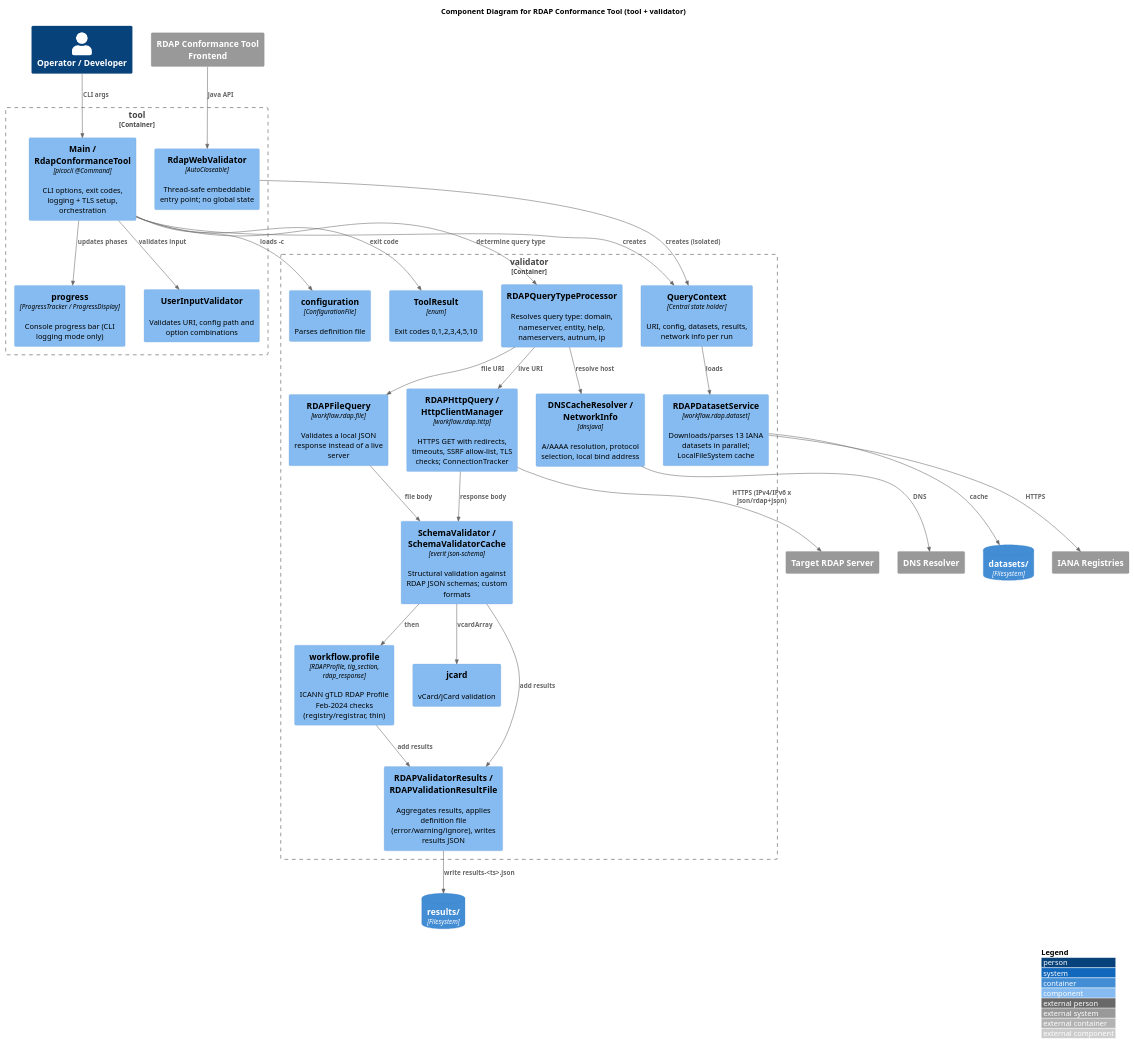
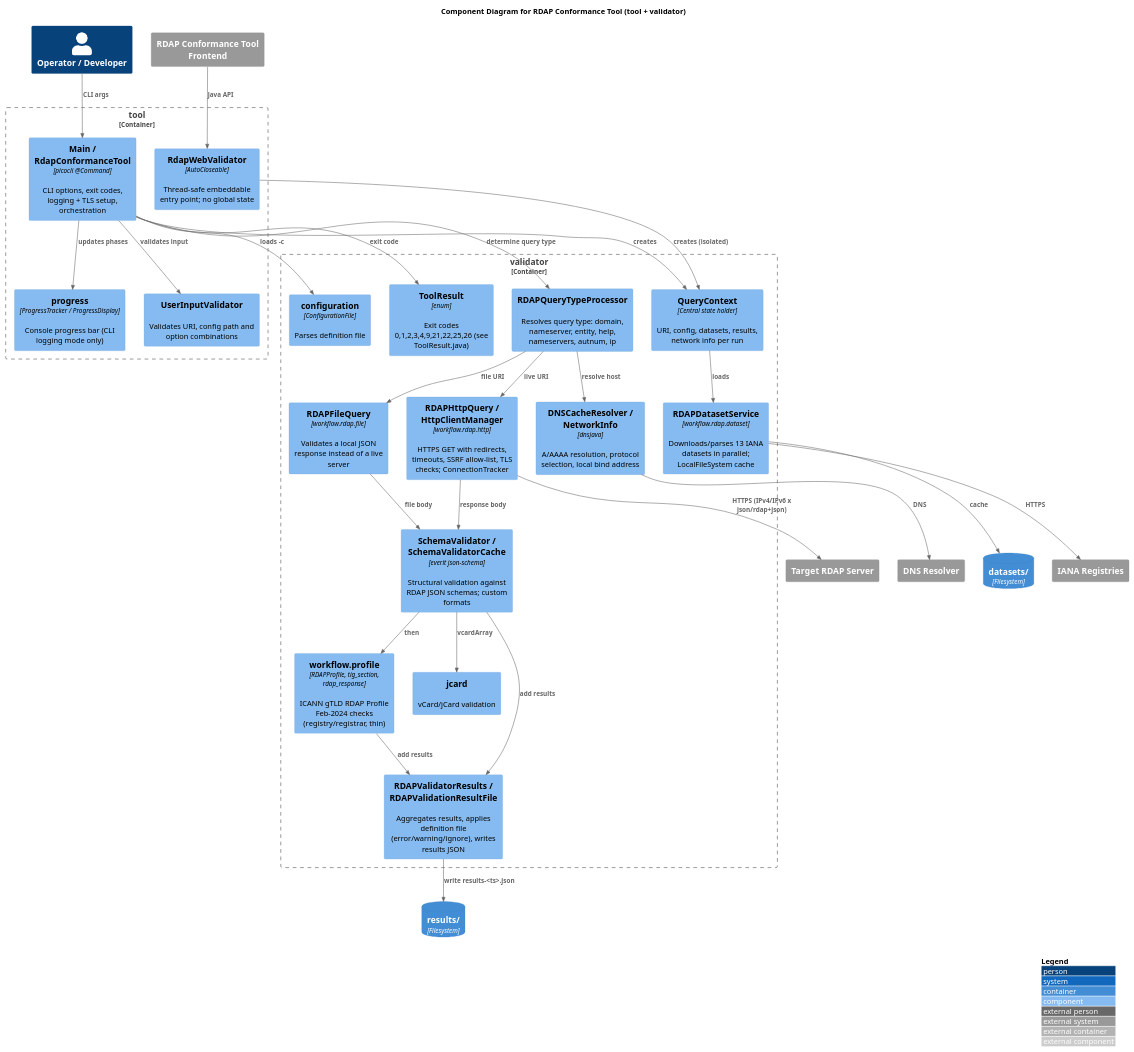
One commit to icann/rdap-conformance-tool changed the diagram in docs/diagrams/component.puml. Above: the diagram before and after it, drawn with PlantUML. The commit also changed 4 other files, not shown here.

Commit message:
feat: update architecture documentation and exit codes for clarity

```diff
--- a/docs/diagrams/component.puml
+++ b/docs/diagrams/component.puml
@@ -1,64 +1,64 @@
 @startuml
 !include https://raw.githubusercontent.com/plantuml-stdlib/C4-PlantUML/master/C4_Component.puml
 
 LAYOUT_WITH_LEGEND()
 
 title Component Diagram for RDAP Conformance Tool (tool + validator)
 
 Person(operator, "Operator / Developer")
 System_Ext(frontend, "RDAP Conformance Tool Frontend")
 
 Container_Boundary(tool, "tool") {
     Component(main, "Main / RdapConformanceTool", "picocli @Command", "CLI options, exit codes, logging + TLS setup, orchestration")
     Component(webvalidator, "RdapWebValidator", "AutoCloseable", "Thread-safe embeddable entry point; no global state")
     Component(progress, "progress", "ProgressTracker / ProgressDisplay", "Console progress bar (CLI logging mode only)")
     Component(userinput, "UserInputValidator", "", "Validates URI, config path and option combinations")
 }
 
 Container_Boundary(validator, "validator") {
     Component(querycontext, "QueryContext", "Central state holder", "URI, config, datasets, results, network info per run")
     Component(datasetsvc, "RDAPDatasetService", "workflow.rdap.dataset", "Downloads/parses 13 IANA datasets in parallel; LocalFileSystem cache")
     Component(dnsres, "DNSCacheResolver / NetworkInfo", "dnsjava", "A/AAAA resolution, protocol selection, local bind address")
     Component(httpq, "RDAPHttpQuery / HttpClientManager", "workflow.rdap.http", "HTTPS GET with redirects, timeouts, SSRF allow-list, TLS checks; ConnectionTracker")
     Component(fileq, "RDAPFileQuery", "workflow.rdap.file", "Validates a local JSON response instead of a live server")
     Component(qtype, "RDAPQueryTypeProcessor", "", "Resolves query type: domain, nameserver, entity, help, nameservers, autnum, ip")
     Component(schema, "SchemaValidator / SchemaValidatorCache", "everit json-schema", "Structural validation against RDAP JSON schemas; custom formats")
     Component(profile, "workflow.profile", "RDAPProfile, tig_section, rdap_response", "ICANN gTLD RDAP Profile Feb-2024 checks (registry/registrar, thin)")
     Component(jcard, "jcard", "", "vCard/jCard validation")
     Component(results, "RDAPValidatorResults / RDAPValidationResultFile", "", "Aggregates results, applies definition file (error/warning/ignore), writes results JSON")
     Component(config, "configuration", "ConfigurationFile", "Parses definition file")
-    Component(toolresult, "ToolResult", "enum", "Exit codes 0,1,2,3,4,5,10")
+    Component(toolresult, "ToolResult", "enum", "Exit codes 0,1,2,3,4,9,21,22,25,26 (see ToolResult.java)")
 }
 
 ContainerDb(datasetsfs, "datasets/", "Filesystem")
 ContainerDb(resultsfs, "results/", "Filesystem")
 System_Ext(iana, "IANA Registries")
 System_Ext(dns, "DNS Resolver")
 System_Ext(rdapserver, "Target RDAP Server")
 
 Rel(operator, main, "CLI args")
 Rel(frontend, webvalidator, "Java API")
 Rel(main, userinput, "validates input")
 Rel(main, progress, "updates phases")
 Rel(main, querycontext, "creates")
 Rel(webvalidator, querycontext, "creates (isolated)")
 Rel(main, config, "loads -c")
 Rel(querycontext, datasetsvc, "loads")
 Rel(datasetsvc, iana, "HTTPS")
 Rel(datasetsvc, datasetsfs, "cache")
 Rel(main, qtype, "determine query type")
 Rel(qtype, dnsres, "resolve host")
 Rel(dnsres, dns, "DNS")
 Rel(qtype, httpq, "live URI")
 Rel(qtype, fileq, "file URI")
 Rel(httpq, rdapserver, "HTTPS (IPv4/IPv6 x json/rdap+json)")
 Rel(httpq, schema, "response body")
 Rel(fileq, schema, "file body")
 Rel(schema, jcard, "vcardArray")
 Rel(schema, profile, "then")
 Rel(profile, results, "add results")
 Rel(schema, results, "add results")
 Rel(results, resultsfs, "write results-<ts>.json")
 Rel(main, toolresult, "exit code")
 
 @enduml
```
